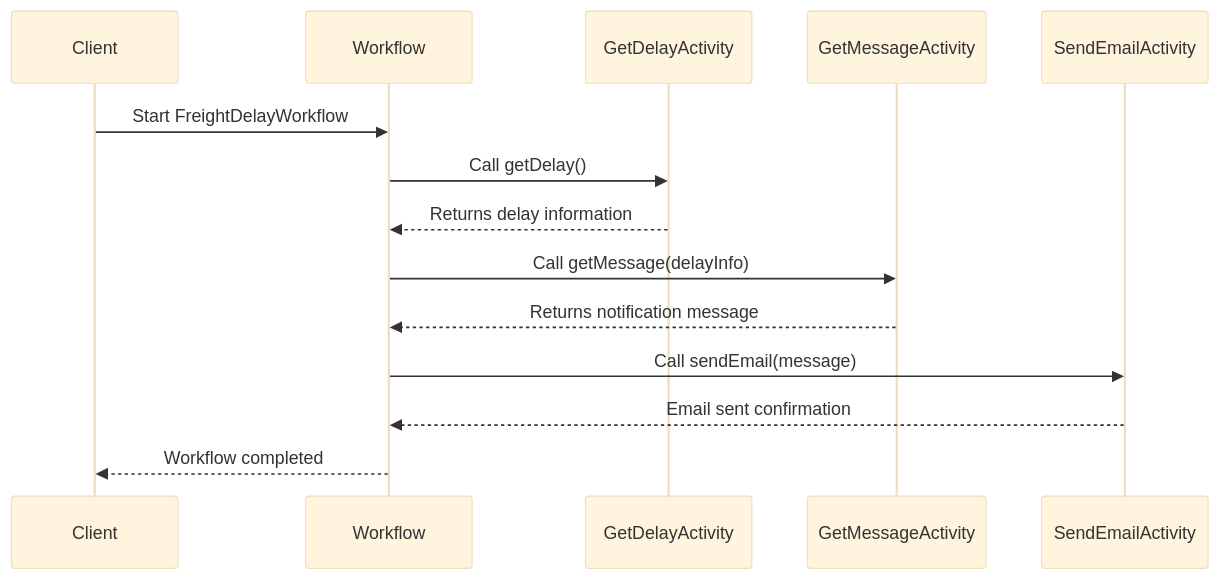
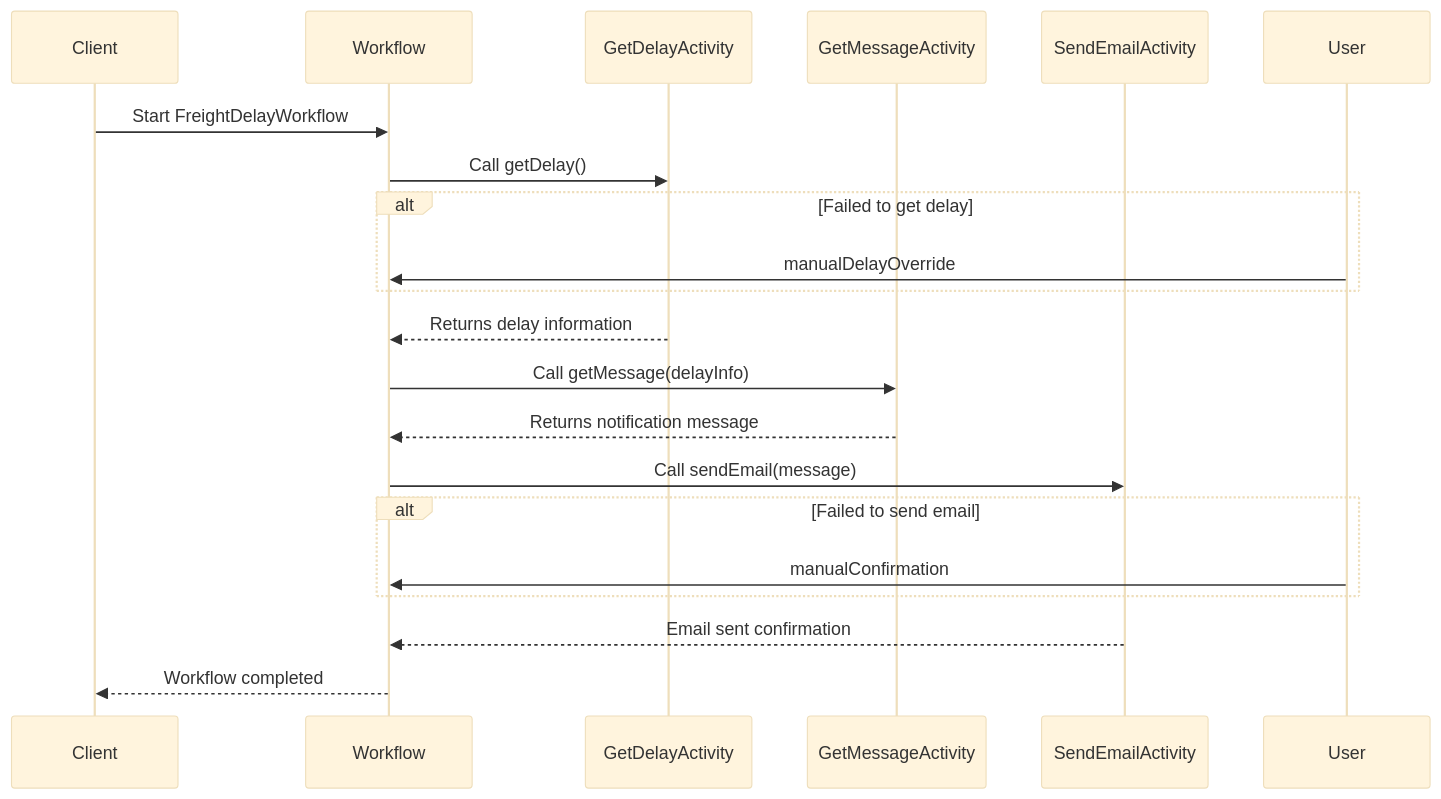
One commit to hadyrashwan/freight-delay-notification changed the diagram in README.md. Above: the diagram before and after it, drawn with Mermaid (base theme). The commit also changed other lines of this file and 2 other files, not shown here.

Commit message:
feat(workflows): Adds manual override capabilities
Adds manual override capabilities for getting delay and sending email.

This change introduces signals to allow manual intervention in the workflow when external APIs fail. It improves the robustness of the system by providing a fallback mechanism when automatic processes encounter issues.

````diff
--- a/README.md
+++ b/README.md
@@ -24,17 +24,24 @@
 ```mermaid
 sequenceDiagram
     participant Client
     participant Workflow
     participant GetDelayActivity
     participant GetMessageActivity
     participant SendEmailActivity
+    participant User
 
     Client->>Workflow: Start FreightDelayWorkflow
     Workflow->>GetDelayActivity: Call getDelay()
+    alt Failed to get delay
+        User->>Workflow: manualDelayOverride
+    end
     GetDelayActivity-->>Workflow: Returns delay information
     Workflow->>GetMessageActivity: Call getMessage(delayInfo)
     GetMessageActivity-->>Workflow: Returns notification message
     Workflow->>SendEmailActivity: Call sendEmail(message)
+    alt Failed to send email
+        User->>Workflow: manualConfirmation
+    end
     SendEmailActivity-->>Workflow: Email sent confirmation
     Workflow-->>Client: Workflow completed
 ```
````
